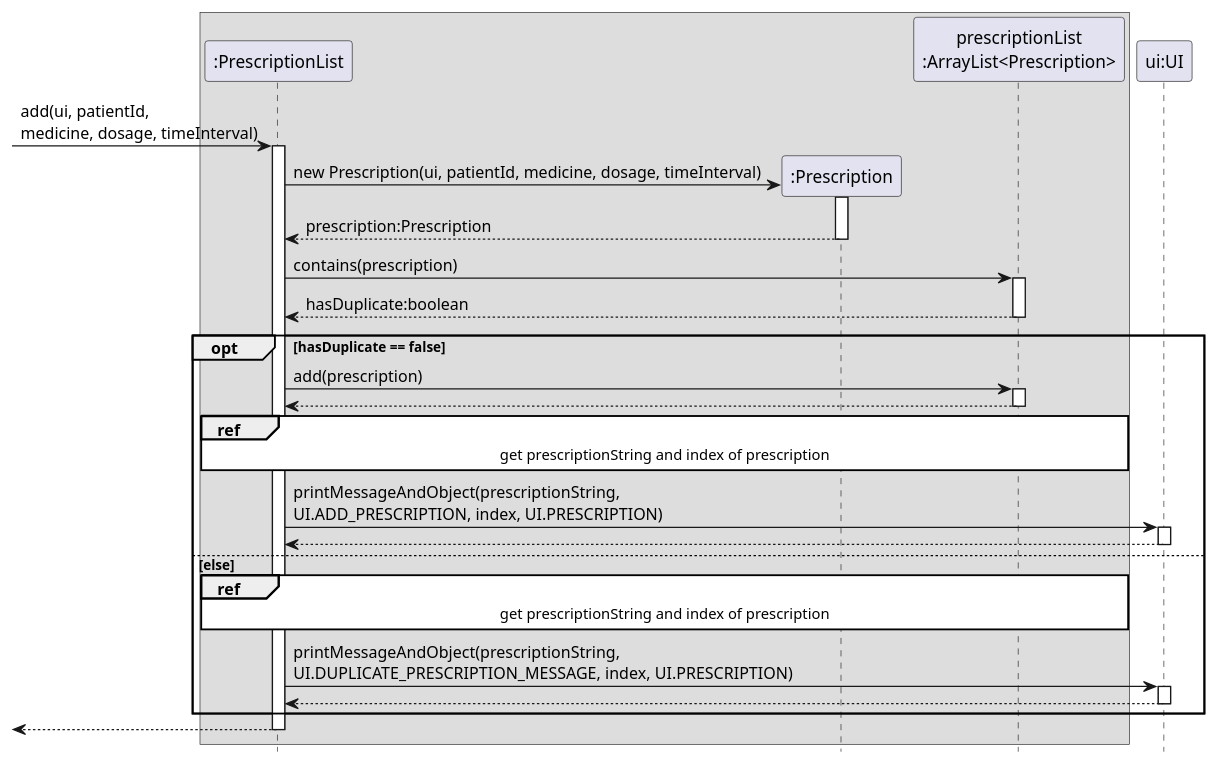
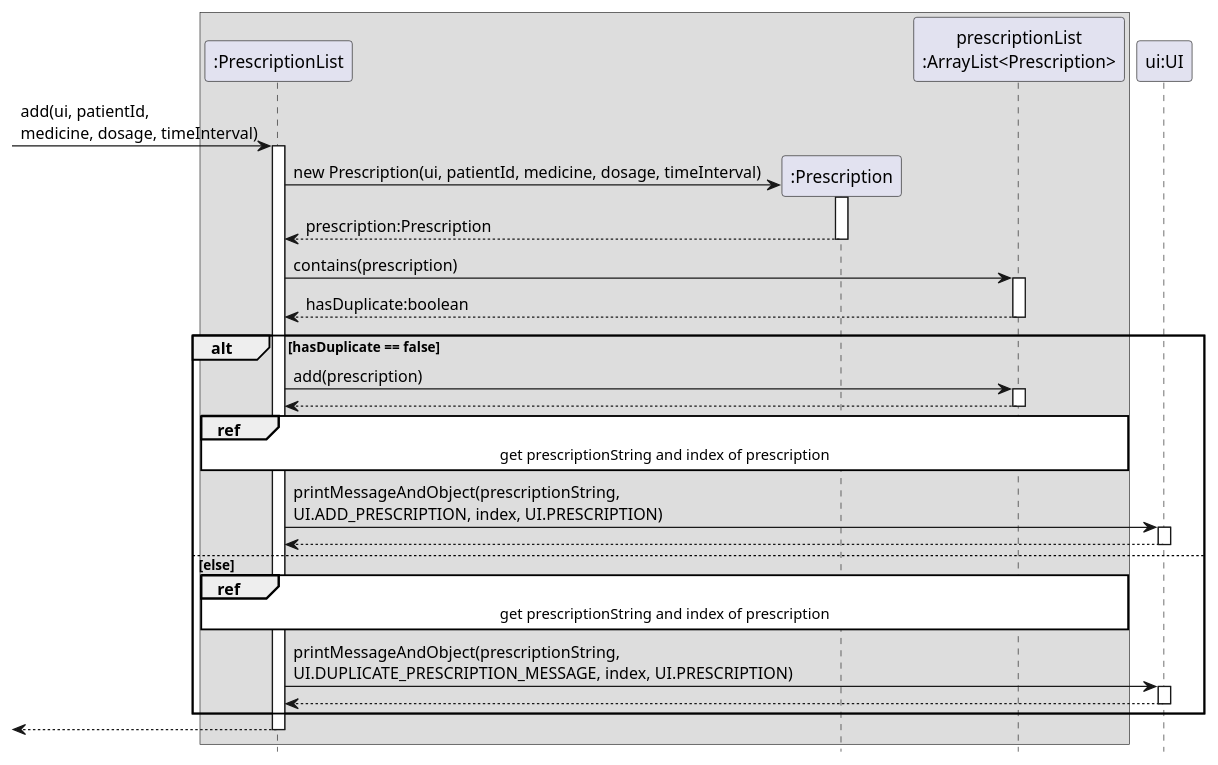
Before and after one commit to nus-cs2113-AY2223S1/tp: the diagram in docs/diagrams/PrescriptionListAdd.puml, drawn with PlantUML. The commit also changed 4 other files, not shown here.

Commit message:
Fix add and activate diagram

```diff
--- a/docs/diagrams/PrescriptionListAdd.puml
+++ b/docs/diagrams/PrescriptionListAdd.puml
@@ -1,51 +1,51 @@
 @startuml
 hide footbox
 skinparam sequenceReferenceBackgroundColor #White
 
 box
 participant ":PrescriptionList" as A
 participant ":Prescription" as B
 participant "prescriptionList\n:ArrayList<Prescription>" as C
 end box
 
 participant "ui:UI" as D
 
 [-> A : add(ui, patientId, \nmedicine, dosage, timeInterval)
 activate A
 
 create B
 A -> B : new Prescription(ui, patientId, medicine, dosage, timeInterval)
 activate B
 B --> A : prescription:Prescription
 deactivate B
 
 A -> C : contains(prescription)
 activate C
 return hasDuplicate:boolean
 
-opt hasDuplicate == false
+alt hasDuplicate == false
     A -> C : add(prescription)
     activate C
     return
 
     ref over A, B, C
         get prescriptionString and index of prescription
     end
 
     A -> D : printMessageAndObject(prescriptionString, \nUI.ADD_PRESCRIPTION, index, UI.PRESCRIPTION)
     activate D
     return
 
 else else
     ref over A, B, C
-            get prescriptionString and index of prescription
-        end
+        get prescriptionString and index of prescription
+    end
 
     A -> D : printMessageAndObject(prescriptionString, \nUI.DUPLICATE_PRESCRIPTION_MESSAGE, index, UI.PRESCRIPTION)
     activate D
     return
 end
 
 return
 
 @enduml
```
